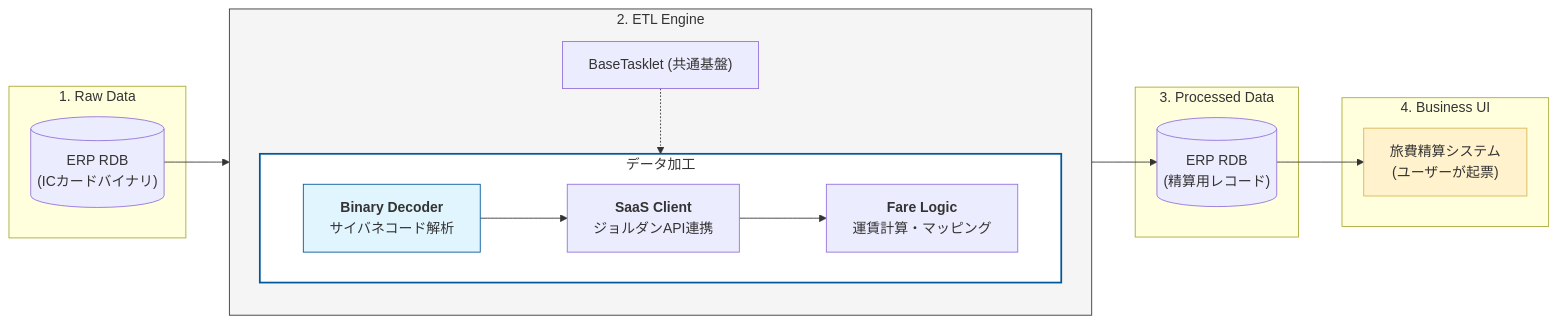
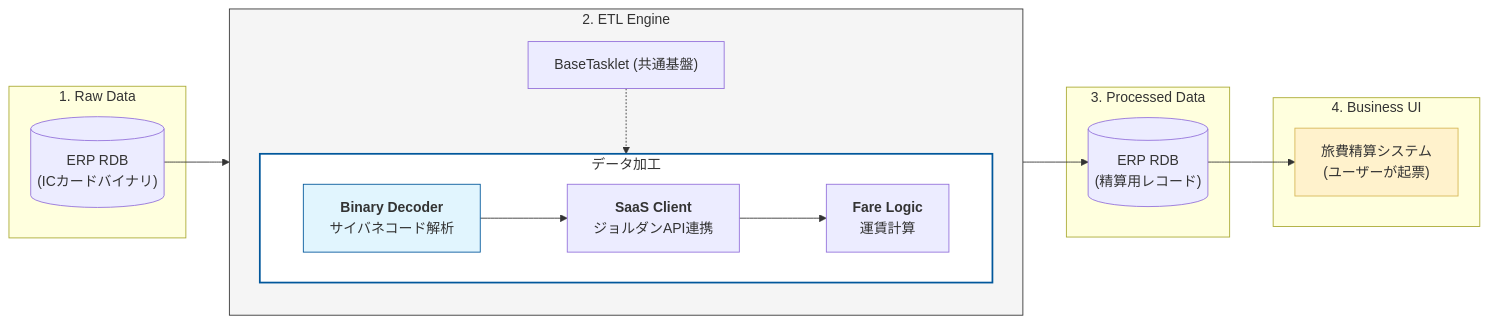
Before and after one commit to mf1005/mf1005: the diagram in readme.md, drawn with Mermaid. The commit also changed other lines of this file, not shown here.

````diff
--- a/readme.md
+++ b/readme.md
@@ -341,41 +337,41 @@
 ```mermaid
 flowchart LR
     subgraph Input ["1. Raw Data"]
         RawDB[("ERP RDB<br/>(ICカードバイナリ)")]
     end
 
     subgraph Engine ["2. ETL Engine"]
         direction TB
         
         subgraph Logic ["データ加工"]
             direction LR
             Decoder["<b>Binary Decoder</b><br/>サイバネコード解析"]
             API["<b>SaaS Client</b><br/>ジョルダンAPI連携"]
-            Calc["<b>Fare Logic</b><br/>運賃計算・マッピング"]
+            Calc["<b>Fare Logic</b><br/>運賃計算"]
             
             Decoder --> API --> Calc
         end
         
         Base["BaseTasklet (共通基盤)"]
         Base -.-> Logic
     end
 
     subgraph Storage ["3. Processed Data"]
         MasterDB[("ERP RDB<br/>(精算用レコード)")]
     end
 
     subgraph Consumer ["4. Business UI"]
         UI["旅費精算システム<br/>(ユーザーが起票)"]
     end
 
     %% 全体の流れ
     RawDB --> Logic
     Logic --> MasterDB
     MasterDB --> UI
 
     %% スタイル定義
     style Engine fill:#f5f5f5,stroke:#333
     style Logic fill:#ffffff,stroke:#01579b,stroke-width:2px
     style Decoder fill:#e1f5fe,stroke:#01579b
     style UI fill:#fff2cc,stroke:#d6b656
 ```
````
